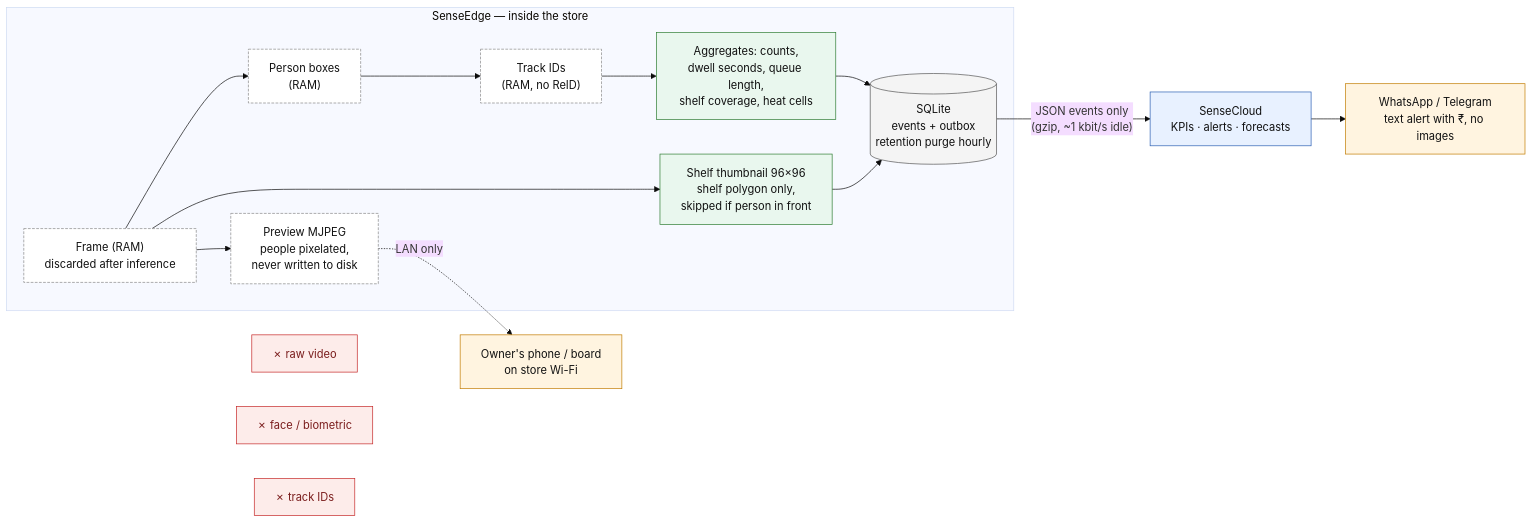
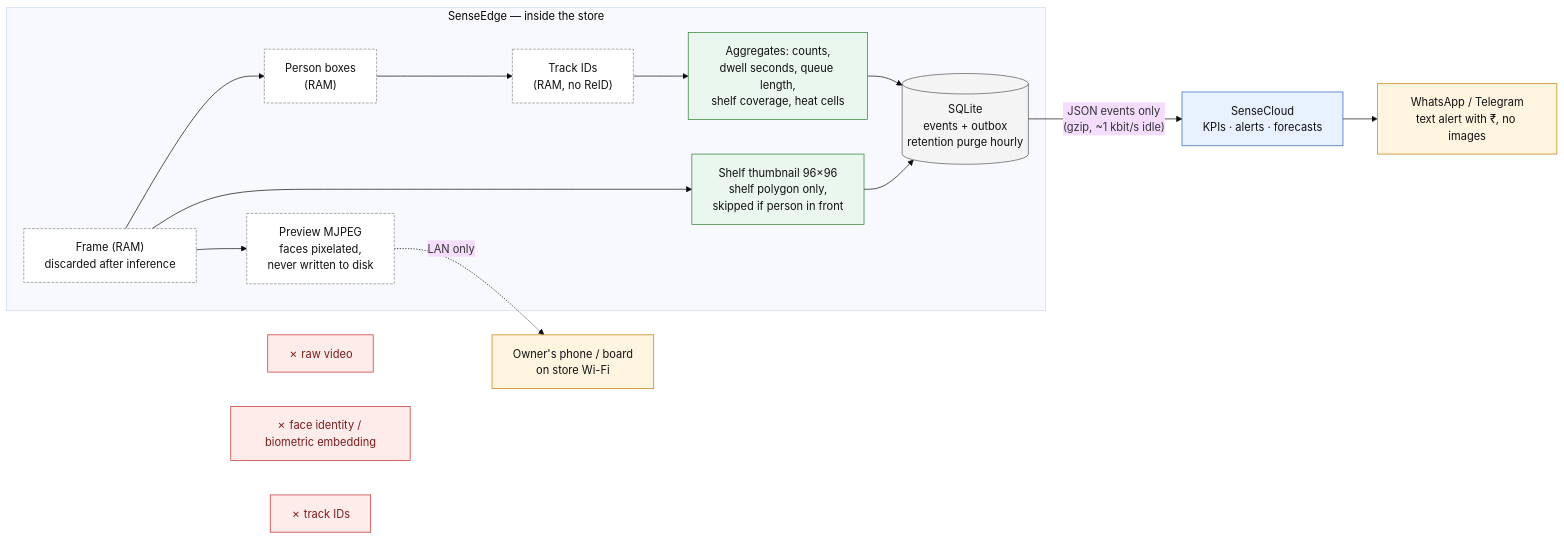
Before and after one commit to Om-Singh1808/SIH: the diagram in docs/PRIVACY.md, drawn with Mermaid (base theme). The commit also changed other lines of this file and 30 other files, not shown here.

Commit message:
feat: add vision demo and face-only preview redaction

````diff
--- a/docs/PRIVACY.md
+++ b/docs/PRIVACY.md
@@ -27,32 +28,32 @@
 ```mermaid
 flowchart LR
   subgraph Edge["SenseEdge — inside the store"]
     F["Frame (RAM)<br/>discarded after inference"]:::ram
     D["Person boxes<br/>(RAM)"]:::ram
     T["Track IDs<br/>(RAM, no ReID)"]:::ram
     A["Aggregates: counts,<br/>dwell seconds, queue length,<br/>shelf coverage, heat cells"]:::agg
     TH["Shelf thumbnail 96×96<br/>shelf polygon only,<br/>skipped if person in front"]:::agg
-    P["Preview MJPEG<br/>people pixelated,<br/>never written to disk"]:::ram
+    P["Preview MJPEG<br/>faces pixelated,<br/>never written to disk"]:::ram
     DB[("SQLite<br/>events + outbox<br/>retention purge hourly")]:::db
     F --> D --> T --> A
     F --> TH
     F --> P
     A --> DB
     TH --> DB
   end
   DB -- "JSON events only<br/>(gzip, ~1 kbit/s idle)" --> C["SenseCloud<br/>KPIs · alerts · forecasts"]:::cloud
   P -. "LAN only" .-> LAN["Owner's phone / board<br/>on store Wi-Fi"]:::ui
   C --> WA["WhatsApp / Telegram<br/>text alert with ₹, no images"]:::ui
   X1["✗ raw video"]:::no
-  X2["✗ face / biometric"]:::no
+  X2["✗ face identity / biometric embedding"]:::no
   X3["✗ track IDs"]:::no
   Edge ~~~ X1
   Edge ~~~ X2
   Edge ~~~ X3
   classDef ram fill:#fff,stroke:#888,stroke-dasharray:4 2,color:#111
   classDef agg fill:#e9f7ee,stroke:#2e7d32,color:#111
   classDef db fill:#f4f4f4,stroke:#555,color:#111
   classDef cloud fill:#e8f1ff,stroke:#2b5fb3,color:#111
   classDef ui fill:#fff4e0,stroke:#c27c00,color:#111
   classDef no fill:#fdecea,stroke:#c62828,color:#7a1c1c
 ```
````
